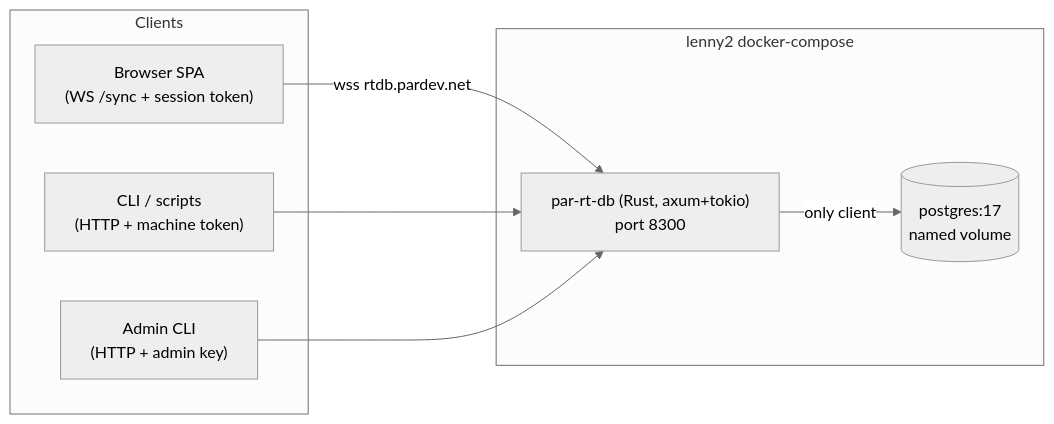
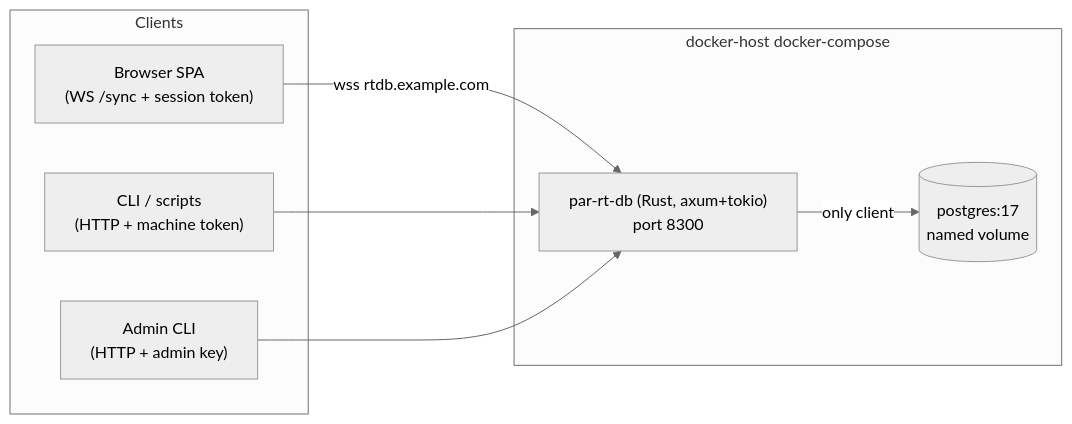
The diagram in docs/superpowers/specs/2026-07-21-par-rt-db-design.md (paulrobello/par-rt-db), drawn with Mermaid (neutral theme) before and after one commit. The commit also changed other lines of this file and 47 other files, not shown here.

````diff
--- a/docs/superpowers/specs/2026-07-21-par-rt-db-design.md
+++ b/docs/superpowers/specs/2026-07-21-par-rt-db-design.md
@@ -64,16 +64,16 @@
 ```mermaid
 flowchart LR
     subgraph clients [Clients]
         SPA["Browser SPA<br/>(WS /sync + session token)"]
         CLI["CLI / scripts<br/>(HTTP + machine token)"]
         ADM["Admin CLI<br/>(HTTP + admin key)"]
     end
-    subgraph lenny2 [lenny2 docker-compose]
+    subgraph docker-host [docker-host docker-compose]
         RT["par-rt-db (Rust, axum+tokio)<br/>port 8300"]
         PG[("postgres:17<br/>named volume")]
     end
-    SPA -->|"wss rtdb.pardev.net"| RT
+    SPA -->|"wss rtdb.example.com"| RT
     CLI --> RT
     ADM --> RT
     RT -->|"only client"| PG
 ```
````
